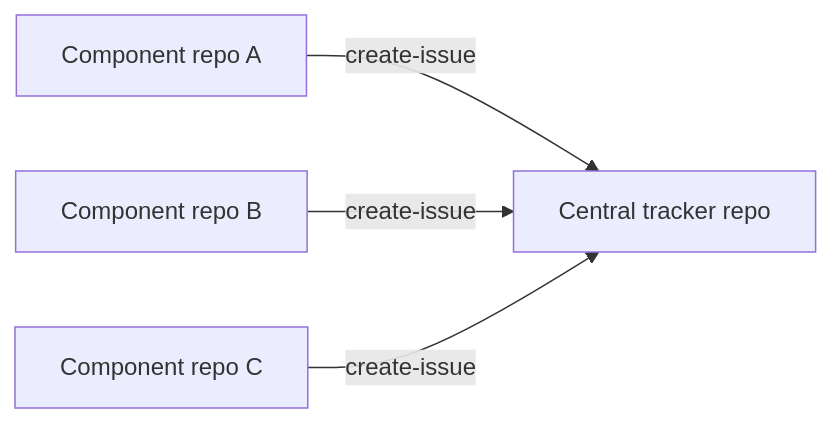
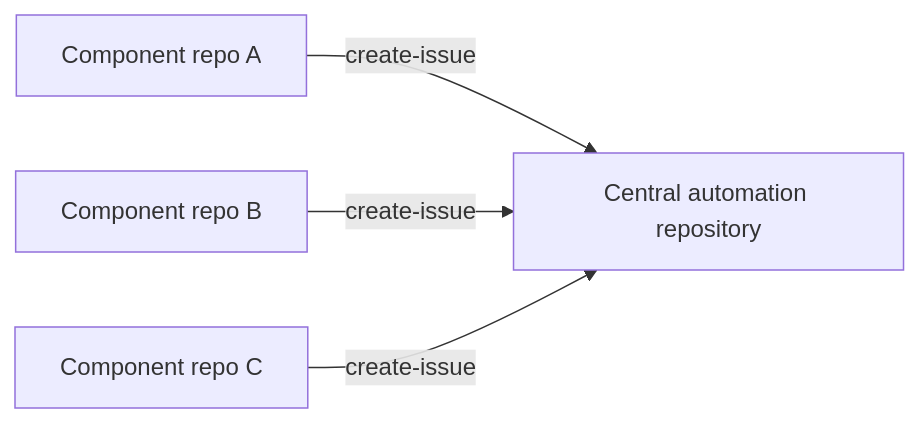
One commit to githubnext/gh-aw changed the second of 2 diagrams in docs/src/content/docs/patterns/central-repo-ops.md. Above: the diagram before and after it, drawn with Mermaid. The commit also changed other lines of this file and 1 other file, not shown here.

Commit message:
update diagrams

````diff
--- a/docs/src/content/docs/patterns/central-repo-ops.md
+++ b/docs/src/content/docs/patterns/central-repo-ops.md
@@ -82,6 +105,6 @@
 ```mermaid
 flowchart LR
-    compA[Component repo A] -->|create-issue| central[Central tracker repo]
+    compA[Component repo A] -->|create-issue| central[Central automation repository]
     compB[Component repo B] -->|create-issue| central
     compC[Component repo C] -->|create-issue| central
 ```
````
